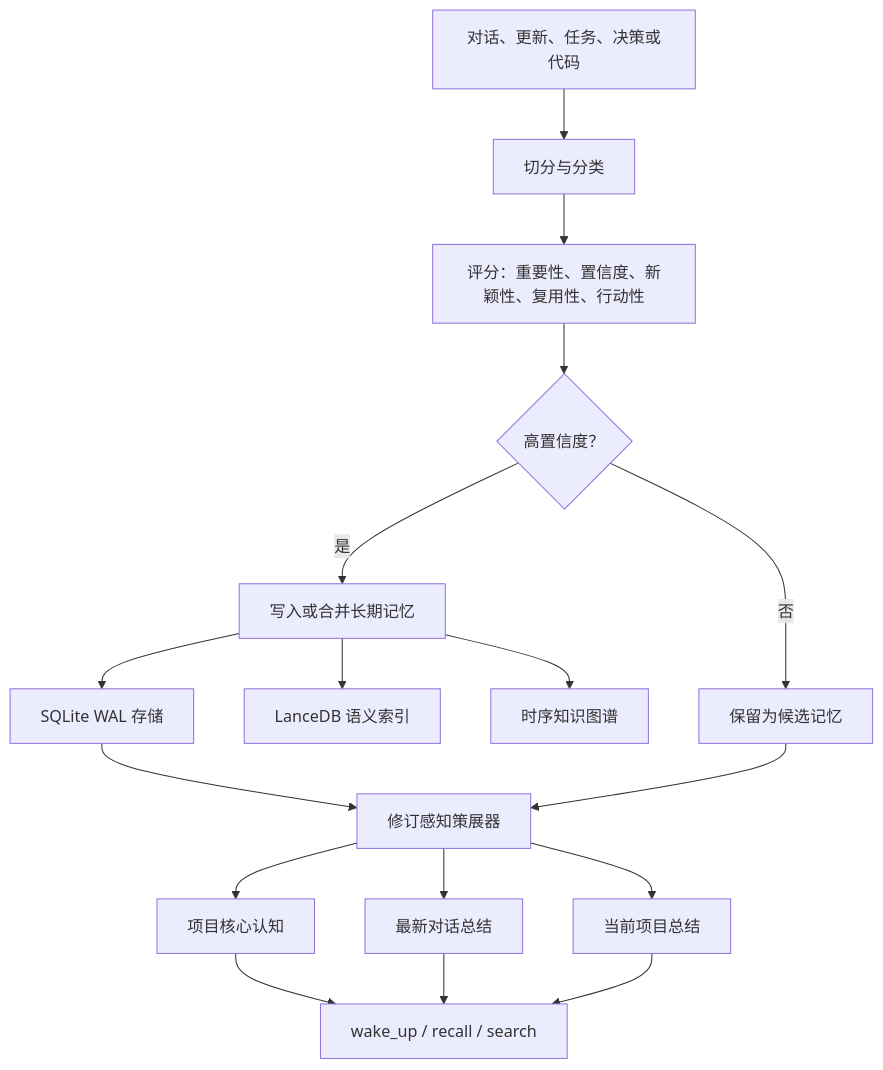
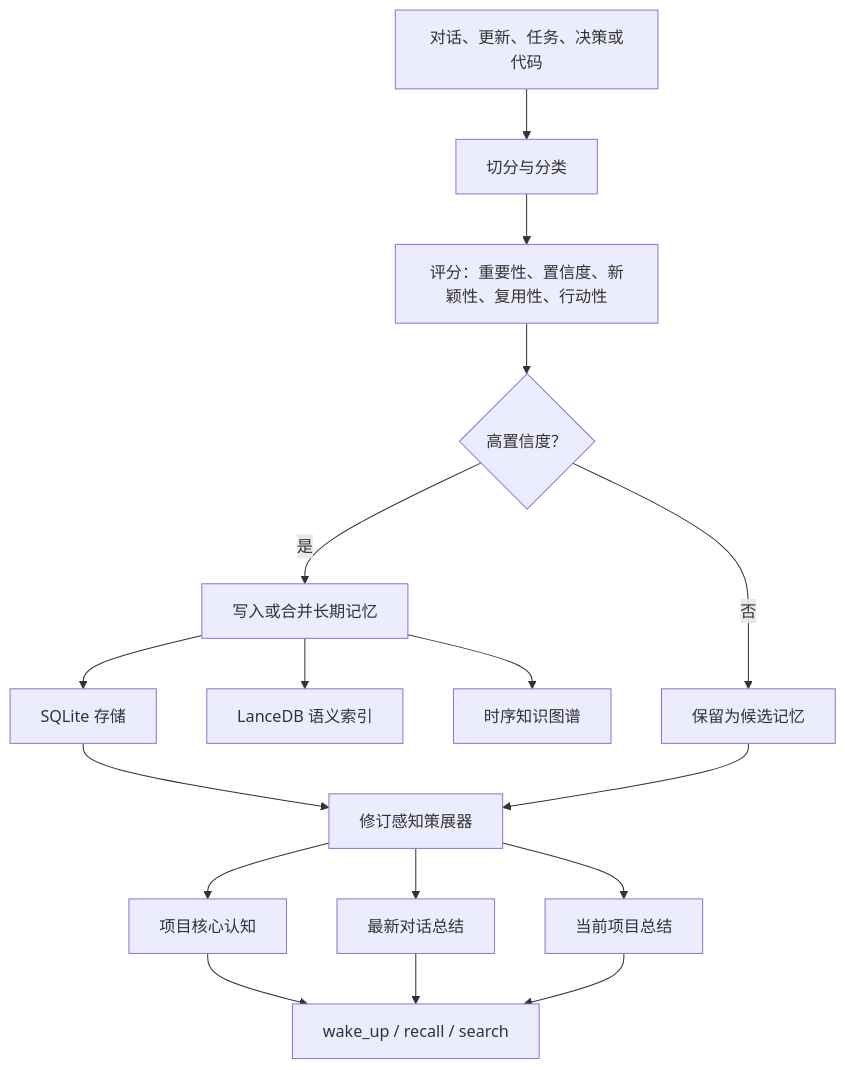
One commit to Fintechain/Cognilattice changed the diagram in README.zh-CN.md. Above: the diagram before and after it, drawn with Mermaid. The commit also changed other lines of this file and 1 other file, not shown here.

````diff
--- a/README.zh-CN.md
+++ b/README.zh-CN.md
@@ -44,19 +44,19 @@
 ```mermaid
 flowchart TD
     A["对话、更新、任务、决策或代码"] --> B["切分与分类"]
     B --> C["评分：重要性、置信度、新颖性、复用性、行动性"]
     C --> D{"高置信度？"}
     D -->|是| E["写入或合并长期记忆"]
     D -->|否| F["保留为候选记忆"]
-    E --> G["SQLite WAL 存储"]
+    E --> G["SQLite 存储"]
     E --> H["LanceDB 语义索引"]
     E --> I["时序知识图谱"]
     G --> J["修订感知策展器"]
     F --> J
     J --> K["项目核心认知"]
     J --> L["最新对话总结"]
     J --> M["当前项目总结"]
     K --> N["wake_up / recall / search"]
     L --> N
     M --> N
 ```
````
